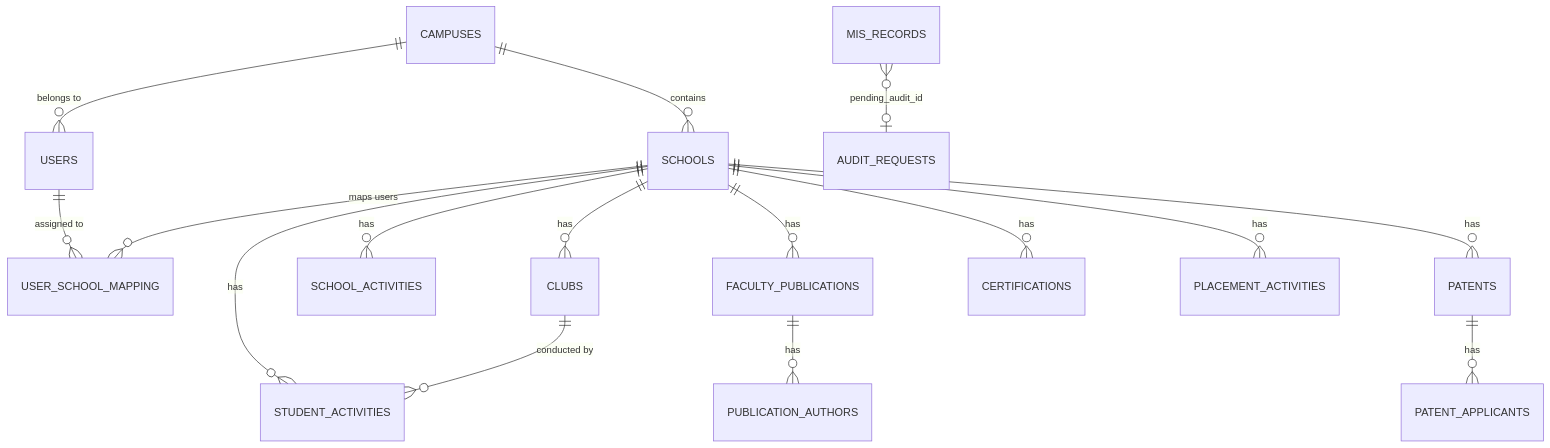
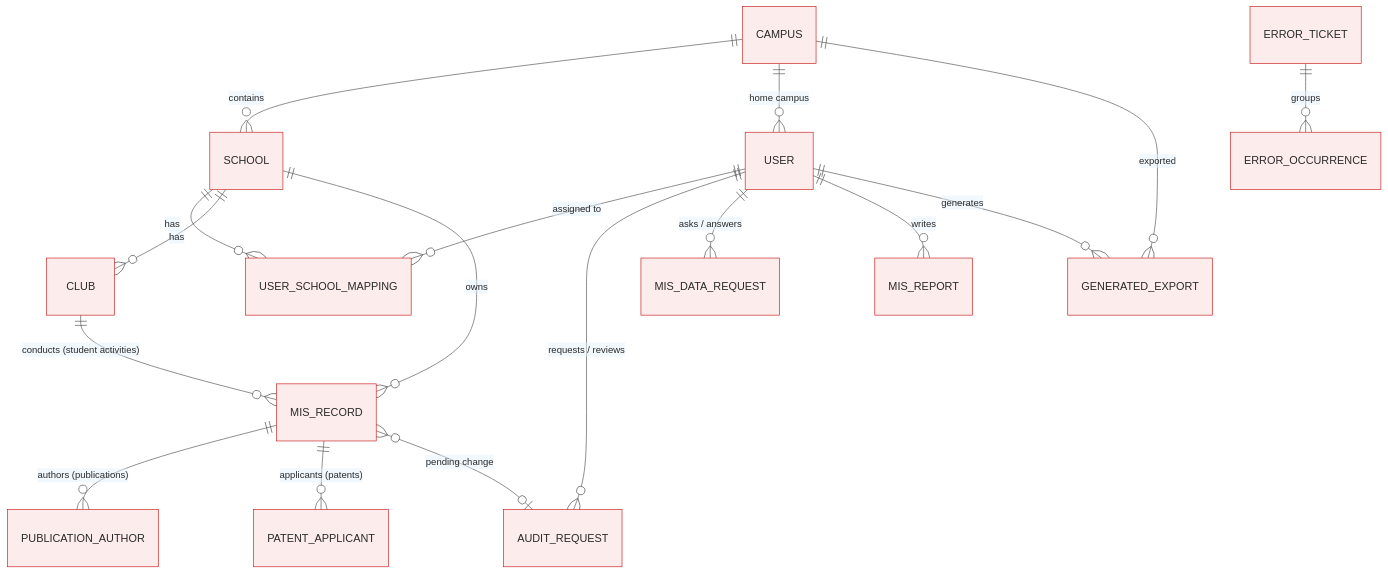
Before and after one commit to aarushchaudhary/nmpralekh: the ninth of 10 diagrams in README.md, drawn with Mermaid. The commit also changed other lines of this file and 32 other files, not shown here.

Commit message:
Run Export all in Celery, derive MIS sent flags from times, lock error tickets, unique export filenames, Android token refresh, saved login and no body logging, add app icons and favicon, rewrite README, refresh knowledge graph

````diff
--- a/README.md
+++ b/README.md
@@ -1041,21 +915,20 @@
 ```mermaid
+%%{init: {'theme':'base','themeVariables':{'primaryColor':'#FDECEC','primaryBorderColor':'#CC2626','primaryTextColor':'#2A2A2A','lineColor':'#5A5A5A','tertiaryColor':'#E3F2FD'}}}%%
 erDiagram
-    CAMPUSES ||--o{ SCHOOLS : "contains"
-    CAMPUSES ||--o{ USERS : "belongs to"
-    SCHOOLS ||--o{ USER_SCHOOL_MAPPING : "maps users"
-    USERS ||--o{ USER_SCHOOL_MAPPING : "assigned to"
-    SCHOOLS ||--o{ CLUBS : "has"
-    
-    CLUBS ||--o{ STUDENT_ACTIVITIES : "conducted by"
-    SCHOOLS ||--o{ SCHOOL_ACTIVITIES : "has"
-    SCHOOLS ||--o{ STUDENT_ACTIVITIES : "has"
-    SCHOOLS ||--o{ FACULTY_PUBLICATIONS : "has"
-    SCHOOLS ||--o{ PATENTS : "has"
-    SCHOOLS ||--o{ CERTIFICATIONS : "has"
-    SCHOOLS ||--o{ PLACEMENT_ACTIVITIES : "has"
-    
-    FACULTY_PUBLICATIONS ||--o{ PUBLICATION_AUTHORS : "has"
-    PATENTS ||--o{ PATENT_APPLICANTS : "has"
-    
-    MIS_RECORDS }o--o| AUDIT_REQUESTS : "pending_audit_id"
+    CAMPUS ||--o{ SCHOOL : contains
+    CAMPUS ||--o{ USER : "home campus"
+    USER ||--o{ USER_SCHOOL_MAPPING : "assigned to"
+    SCHOOL ||--o{ USER_SCHOOL_MAPPING : has
+    SCHOOL ||--o{ CLUB : has
+    SCHOOL ||--o{ MIS_RECORD : owns
+    CLUB ||--o{ MIS_RECORD : "conducts (student activities)"
+    MIS_RECORD ||--o{ PUBLICATION_AUTHOR : "authors (publications)"
+    MIS_RECORD ||--o{ PATENT_APPLICANT : "applicants (patents)"
+    MIS_RECORD }o--o| AUDIT_REQUEST : "pending change"
+    USER ||--o{ AUDIT_REQUEST : "requests / reviews"
+    USER ||--o{ MIS_DATA_REQUEST : "asks / answers"
+    USER ||--o{ MIS_REPORT : writes
+    USER ||--o{ GENERATED_EXPORT : generates
+    CAMPUS ||--o{ GENERATED_EXPORT : "exported"
+    ERROR_TICKET ||--o{ ERROR_OCCURRENCE : groups
 ```
````
